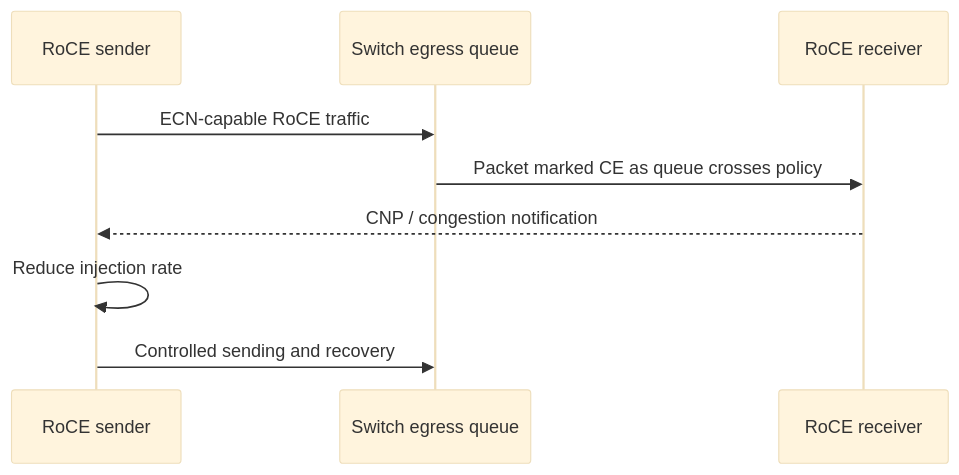
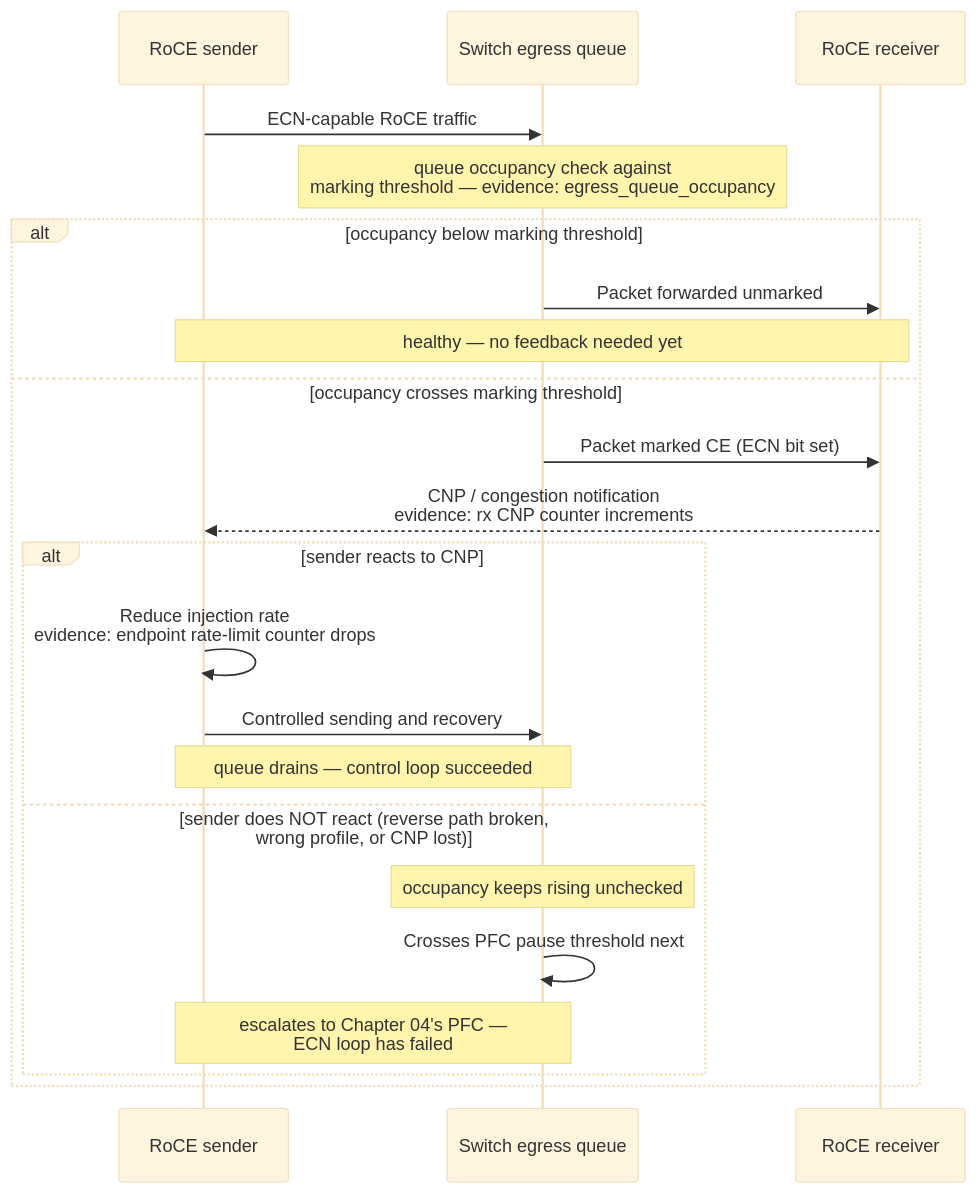
The first of 2 diagrams in docs/nvidia-zero-to-hero/volume-09/chapter-05-ecn-and-dcqcn.md (jithinpnjm/nvidia-devops), drawn with Mermaid (base theme) before and after one commit. The commit also changed other lines of this file, not shown here.

First line of the commit message:
Depth rework: chapter 05 (ECN and DCQCN) complete

````diff
--- a/docs/nvidia-zero-to-hero/volume-09/chapter-05-ecn-and-dcqcn.md
+++ b/docs/nvidia-zero-to-hero/volume-09/chapter-05-ecn-and-dcqcn.md
@@ -40,11 +40,24 @@
 ```mermaid
 sequenceDiagram
     participant S as RoCE sender
     participant Q as Switch egress queue
     participant R as RoCE receiver
     S->>Q: ECN-capable RoCE traffic
-    Q->>R: Packet marked CE as queue crosses policy
-    R-->>S: CNP / congestion notification
-    S->>S: Reduce injection rate
-    S->>Q: Controlled sending and recovery
+    Note over Q: queue occupancy check against<br/>marking threshold — evidence: egress_queue_occupancy
+    alt occupancy below marking threshold
+        Q->>R: Packet forwarded unmarked
+        Note over S,R: healthy — no feedback needed yet
+    else occupancy crosses marking threshold
+        Q->>R: Packet marked CE (ECN bit set)
+        R-->>S: CNP / congestion notification<br/>evidence: rx CNP counter increments
+        alt sender reacts to CNP
+            S->>S: Reduce injection rate<br/>evidence: endpoint rate-limit counter drops
+            S->>Q: Controlled sending and recovery
+            Note over S,Q: queue drains — control loop succeeded
+        else sender does NOT react (reverse path broken,<br/>wrong profile, or CNP lost)
+            Note over Q: occupancy keeps rising unchecked
+            Q->>Q: Crosses PFC pause threshold next
+            Note over S,Q: escalates to Chapter 04's PFC —<br/>ECN loop has failed
+        end
+    end
 ```
````
